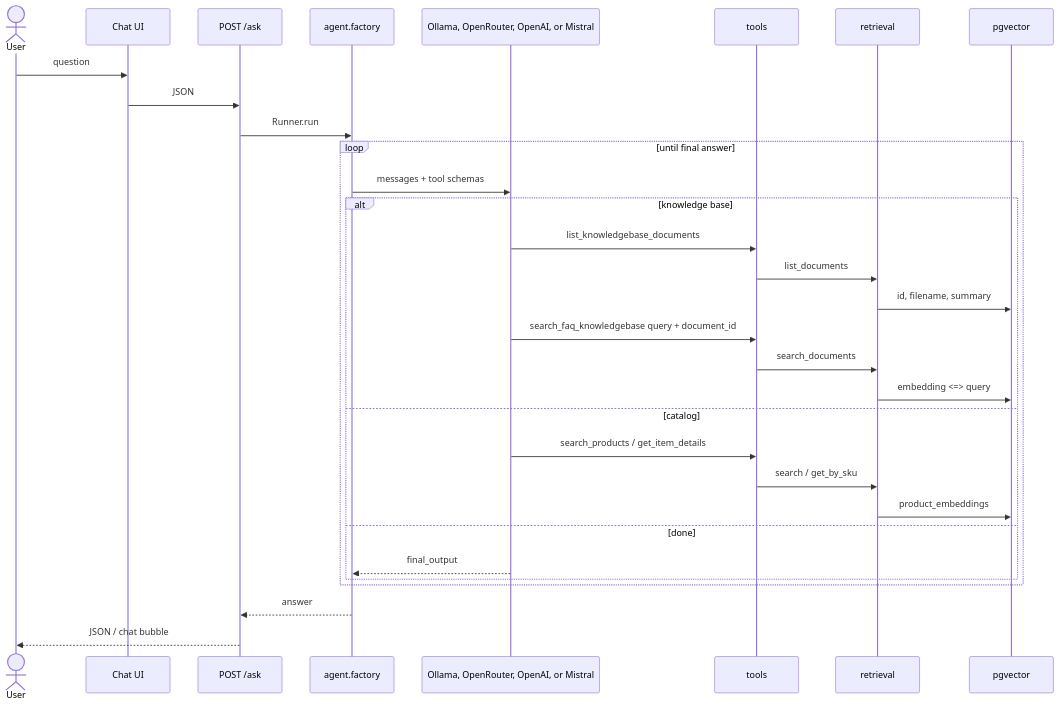
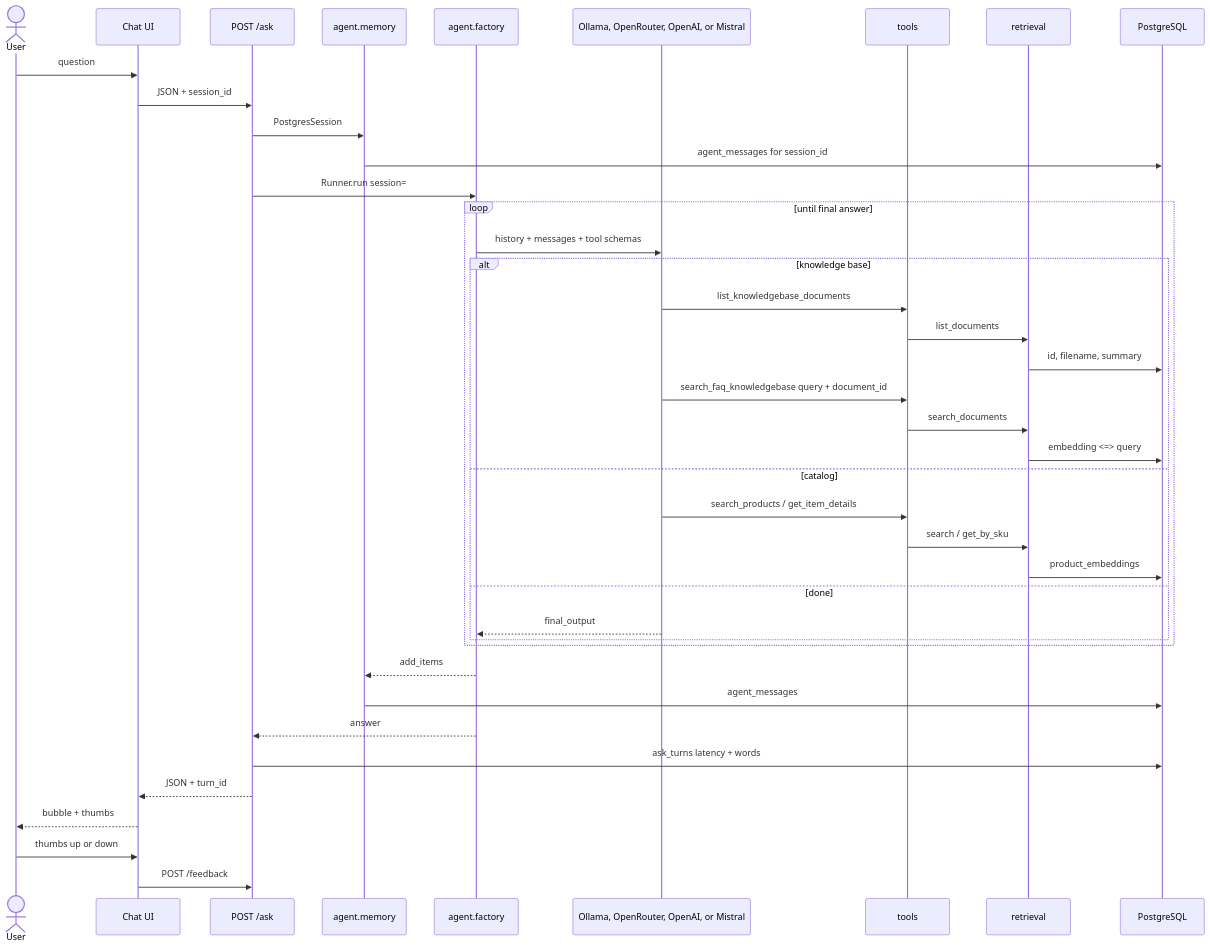
The third of 5 diagrams in architecture.md (JJTorresDS/ecommerce-agent), drawn with Mermaid before and after one commit. The commit also changed other lines of this file and 43 other files, not shown here.

Commit message:
added user feedback feature and graphana for monitoring

````diff
--- a/architecture.md
+++ b/architecture.md
@@ -136,36 +192,45 @@
 ```mermaid
 sequenceDiagram
     actor User
     participant UI as Chat UI
     participant Ask as POST /ask
+    participant Memory as agent.memory
     participant Agent as agent.factory
     participant LLM as Ollama, OpenRouter, OpenAI, or Mistral
     participant Tools as tools
     participant Retrieval as retrieval
-    participant DB as pgvector
+    participant DB as PostgreSQL
 
     User->>UI: question
-    UI->>Ask: JSON
-    Ask->>Agent: Runner.run
+    UI->>Ask: JSON + session_id
+    Ask->>Memory: PostgresSession
+    Memory->>DB: agent_messages for session_id
+    Ask->>Agent: Runner.run session=
 
     loop until final answer
-        Agent->>LLM: messages + tool schemas
+        Agent->>LLM: history + messages + tool schemas
         alt knowledge base
             LLM->>Tools: list_knowledgebase_documents
             Tools->>Retrieval: list_documents
             Retrieval->>DB: id, filename, summary
             LLM->>Tools: search_faq_knowledgebase query + document_id
             Tools->>Retrieval: search_documents
             Retrieval->>DB: embedding <=> query
         else catalog
             LLM->>Tools: search_products / get_item_details
             Tools->>Retrieval: search / get_by_sku
             Retrieval->>DB: product_embeddings
         else done
             LLM-->>Agent: final_output
         end
     end
 
+    Agent-->>Memory: add_items
+    Memory->>DB: agent_messages
     Agent-->>Ask: answer
-    Ask-->>User: JSON / chat bubble
+    Ask->>DB: ask_turns latency + words
+    Ask-->>UI: JSON + turn_id
+    UI-->>User: bubble + thumbs
+    User->>UI: thumbs up or down
+    UI->>Ask: POST /feedback
 ```
````
